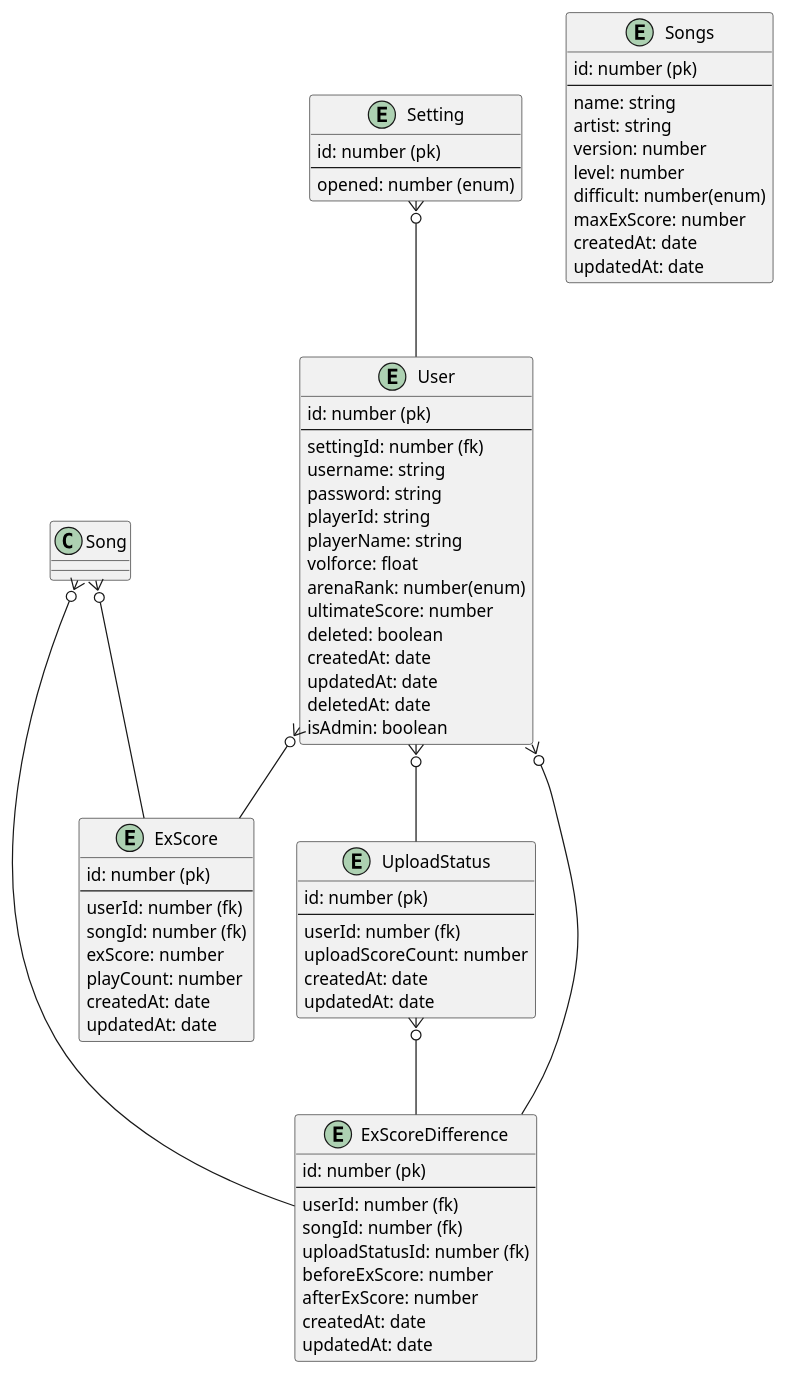
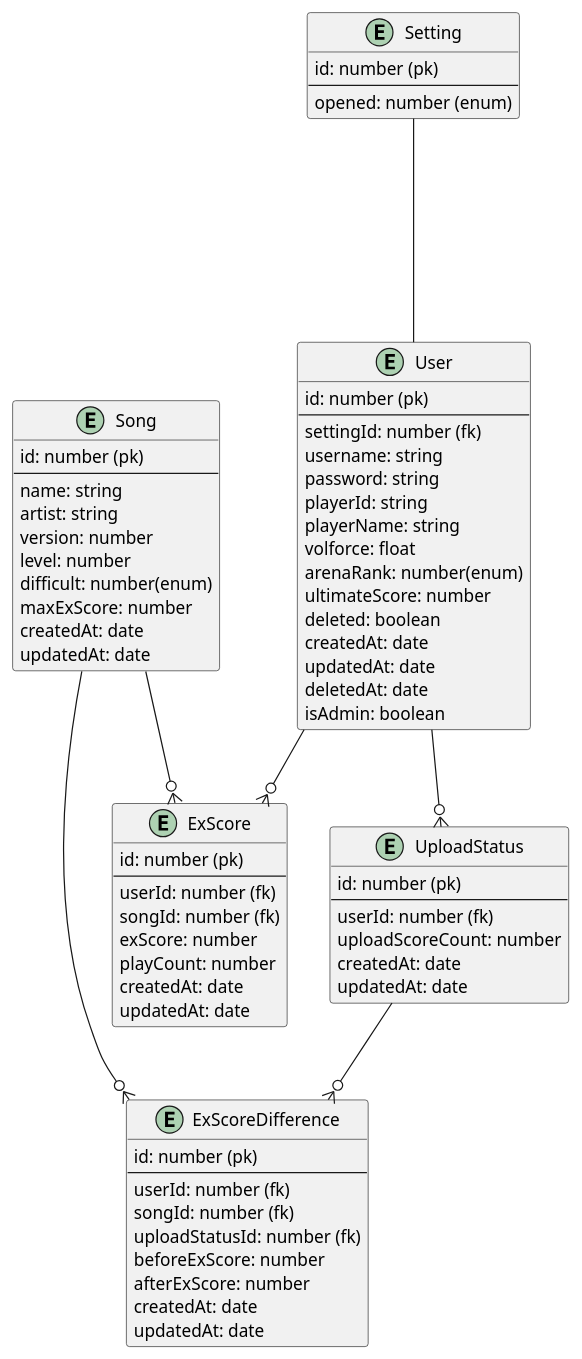
The diagram in design/dbDchema.pu (saezurucrow/sdvx-est), drawn with PlantUML before and after one commit. The commit also changed 9 other files, not shown here.

```diff
--- a/design/dbDchema.pu
+++ b/design/dbDchema.pu
@@ -1,87 +1,86 @@
 @startuml sdvxest
 
 entity User {
   id: number (pk)
   --
   settingId: number (fk)
   username: string
   password: string
   playerId: string
   playerName: string
   volforce: float
   arenaRank: number(enum)
   ultimateScore: number
   deleted: boolean
   createdAt: date
   updatedAt: date
   deletedAt: date
   isAdmin: boolean
 }
 ' (op)rivalData
 
-entity Songs {
+entity Song {
   id: number (pk)
   --
   name: string
   artist: string
   version: number
   level: number
   difficult: number(enum)
   maxExScore: number
   createdAt: date
   updatedAt: date
 }
 ' (op) bpm(min - max)
 
 entity ExScore {
   id: number (pk)
   --
   userId: number (fk)
   songId: number (fk)
   exScore: number
   playCount: number
   createdAt: date
   updatedAt: date
 }
 
 ' アップロード状況
 entity UploadStatus {
   id: number (pk)
   --
   userId: number (fk)
   uploadScoreCount: number
   createdAt: date
   updatedAt: date
 }
 
 ' 差分
 entity ExScoreDifference {
   id: number (pk)
   --
   userId: number (fk)
   songId: number (fk)
   uploadStatusId: number (fk)
   beforeExScore: number
   afterExScore: number
   createdAt: date
   updatedAt: date
 }
 
 ' 公開設定
 entity Setting {
   id: number (pk)
   --
   opened: number (enum)
 }
 
-Setting }o-- User
-User }o-- UploadStatus
-User }o-- ExScore
-User }o-- ExScoreDifference
+Setting ---- User
+User --o{ UploadStatus
+User --o{ ExScore
 
-Song }o-- ExScore
-Song }o-- ExScoreDifference
+Song --o{ ExScore
+Song --o{ ExScoreDifference
 
-UploadStatus }o-- ExScoreDifference
+UploadStatus --o{ ExScoreDifference
 
 @enduml
```
